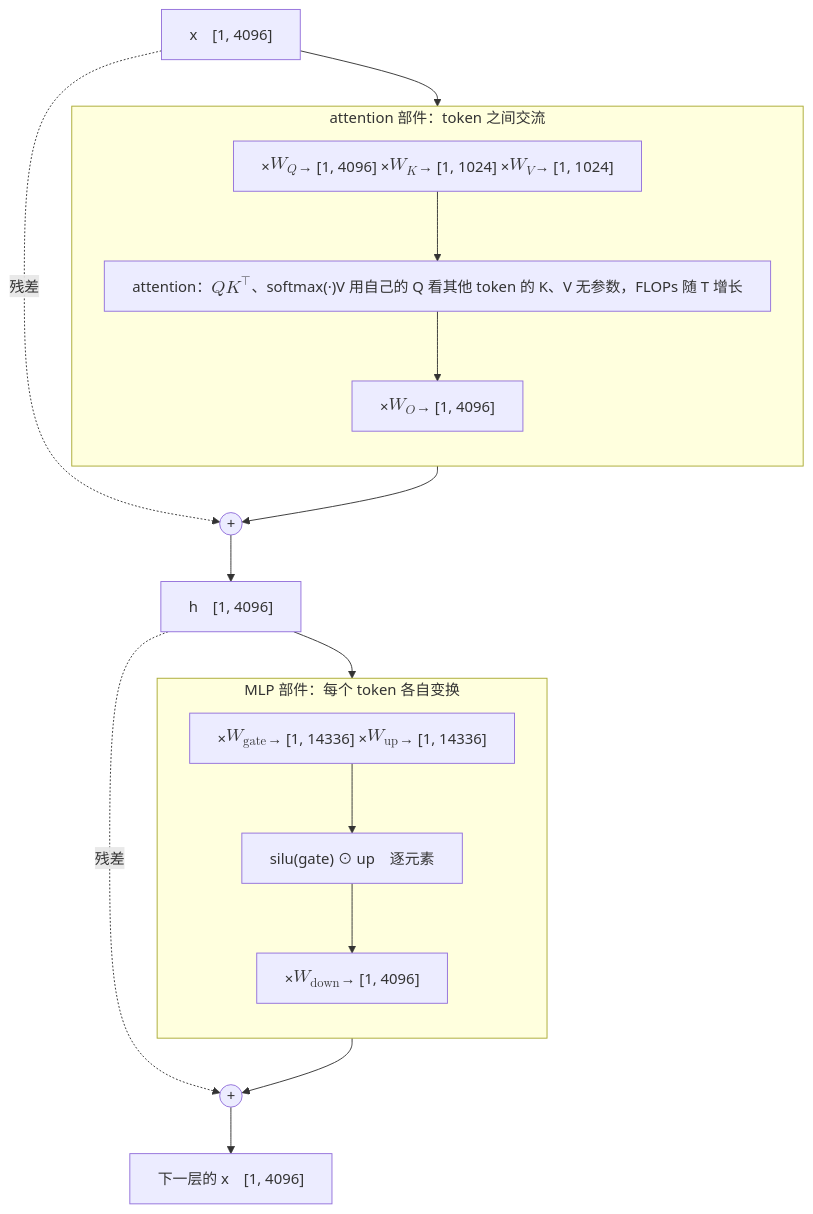
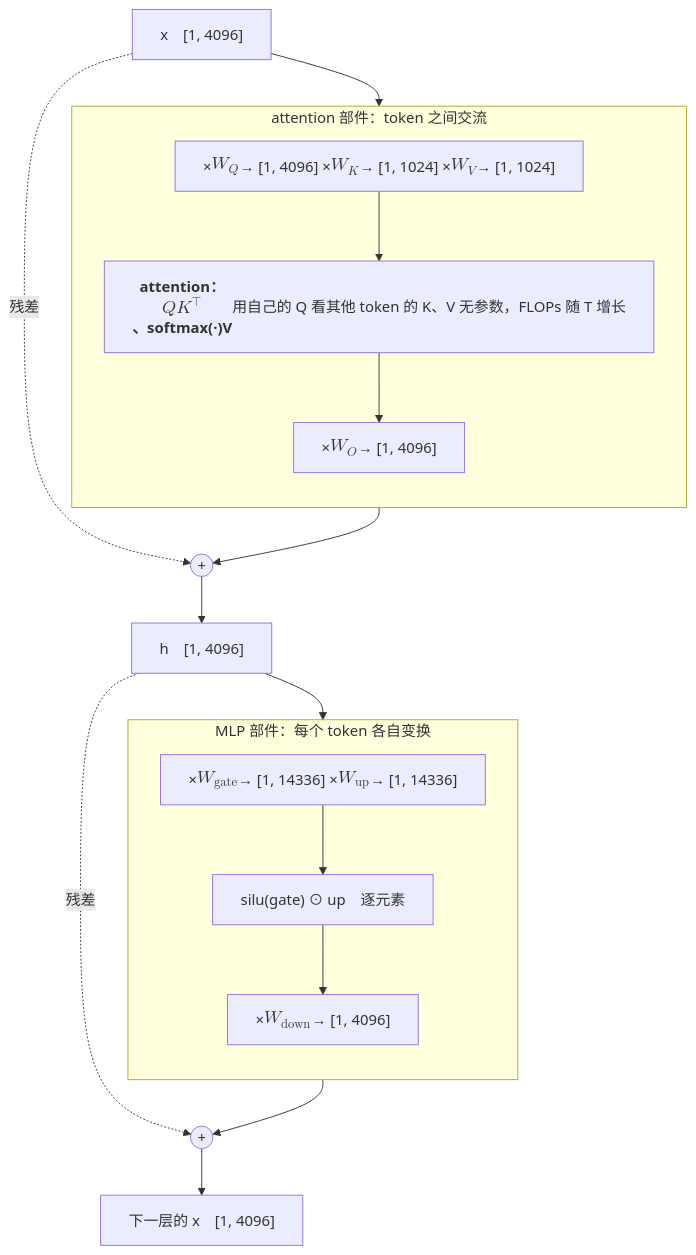
One commit to arganzheng/arganzheng.github.com changed the diagram in _posts/2026-01-08-vectors-matrices-shapes-and-flops.md. Above: the diagram before and after it, drawn with Mermaid. The commit also changed 2 other files, not shown here.

Commit message:
算法工程师的数学：读公式不卡壳的最小集：Mermaid 多行方框的首行标为标题（3 篇）
只在标签开头加 <b>…</b>，文字不变；长句、断句续行、代码 / 推演步骤、
并列行和判断菱形保持原样。

````diff
--- a/_posts/2026-01-08-vectors-matrices-shapes-and-flops.md
+++ b/_posts/2026-01-08-vectors-matrices-shapes-and-flops.md
@@ -319,26 +319,26 @@
 ```mermaid
 %%{init: {"flowchart": {"wrappingWidth": 180}}}%%
 %% 图：一个 Transformer 层的七个权重矩阵：attention 部件四个、MLP 部件三个，以 Llama-3-8B 的形状标注
 flowchart TB
     X["x　[1, 4096]"]
     subgraph ATTN["attention 部件：token 之间交流"]
         direction TB
         P["× $$W_Q$$ → [1, 4096]<br/>× $$W_K$$ → [1, 1024]<br/>× $$W_V$$ → [1, 1024]"]
-        A["attention：$$QK^\top$$、softmax(·)V<br/>用自己的 Q 看其他 token 的 K、V<br/>无参数，FLOPs 随 T 增长"]
+        A["<b>attention：$$QK^\top$$、softmax(·)V</b><br/>用自己的 Q 看其他 token 的 K、V<br/>无参数，FLOPs 随 T 增长"]
         O["× $$W_O$$ → [1, 4096]"]
         P --> A --> O
     end
     subgraph MLP["MLP 部件：每个 token 各自变换"]
         direction TB
         G["× $$W_{\text{gate}}$$ → [1, 14336]<br/>× $$W_{\text{up}}$$ → [1, 14336]"]
         S["silu(gate) ⊙ up　逐元素"]
         D["× $$W_{\text{down}}$$ → [1, 4096]"]
         G --> S --> D
     end
     X --> P
     O --> ADD1(("+")) --> H["h　[1, 4096]"]
     X -. 残差 .-> ADD1
     H --> G
     D --> ADD2(("+")) --> Y["下一层的 x　[1, 4096]"]
     H -. 残差 .-> ADD2
 ```
````
